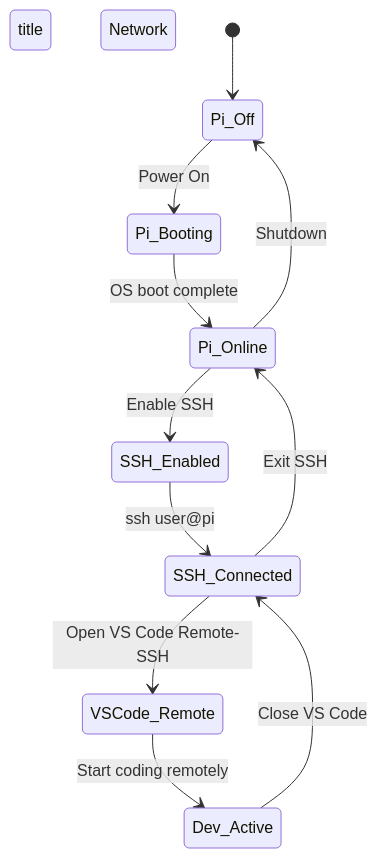
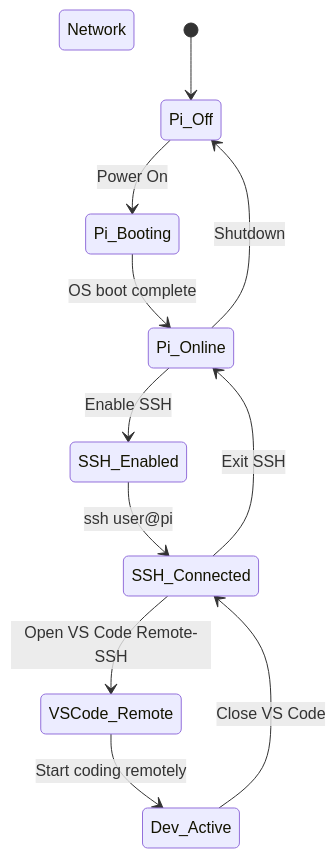
Before and after one commit to JakeRyanPlatt/RaspberryPi_Remote_Dev: the second of 2 diagrams in Headless Remote Development with Raspberry Pi5.md, drawn with Mermaid. The commit also changed other lines of this file, not shown here.

````diff
--- a/Headless Remote Development with Raspberry Pi5.md
+++ b/Headless Remote Development with Raspberry Pi5.md
@@ -43,18 +43,18 @@
 ```mermaid
 stateDiagram-v2
-  title Network State Diagram
+   Network State Diagram
 
 [*] --> Pi_Off
 
 Pi_Off --> Pi_Booting : Power On
 Pi_Booting --> Pi_Online : OS boot complete
 Pi_Online --> SSH_Enabled : Enable SSH
 SSH_Enabled --> SSH_Connected : ssh user@pi 
 SSH_Connected --> VSCode_Remote : Open VS Code Remote-SSH
 VSCode_Remote --> Dev_Active : Start coding remotely
 
 Dev_Active --> SSH_Connected : Close VS Code
 SSH_Connected --> Pi_Online : Exit SSH
 Pi_Online --> Pi_Off : Shutdown
     
 ```
````
